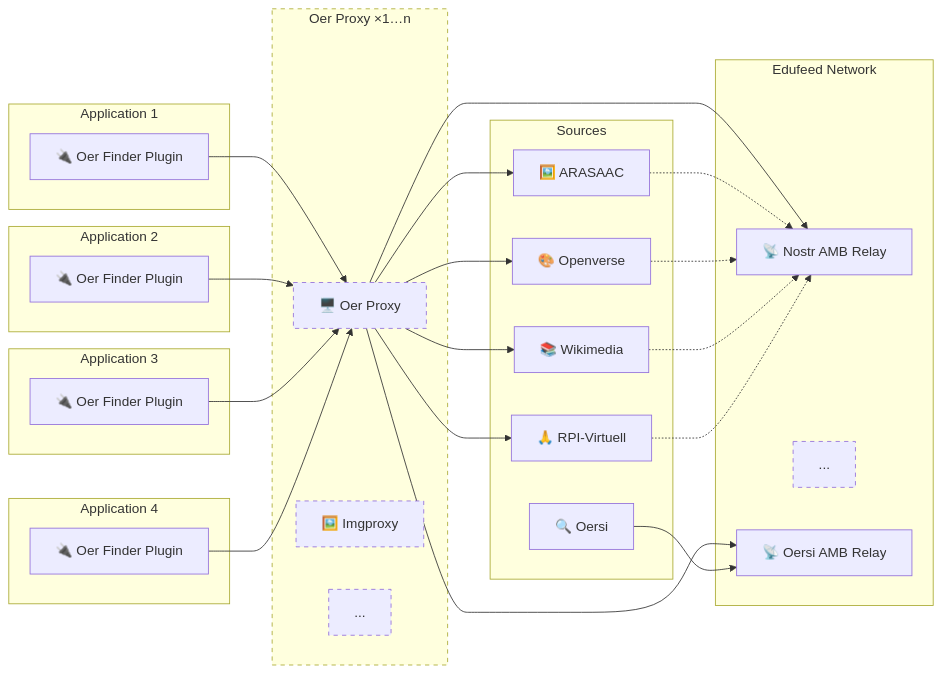
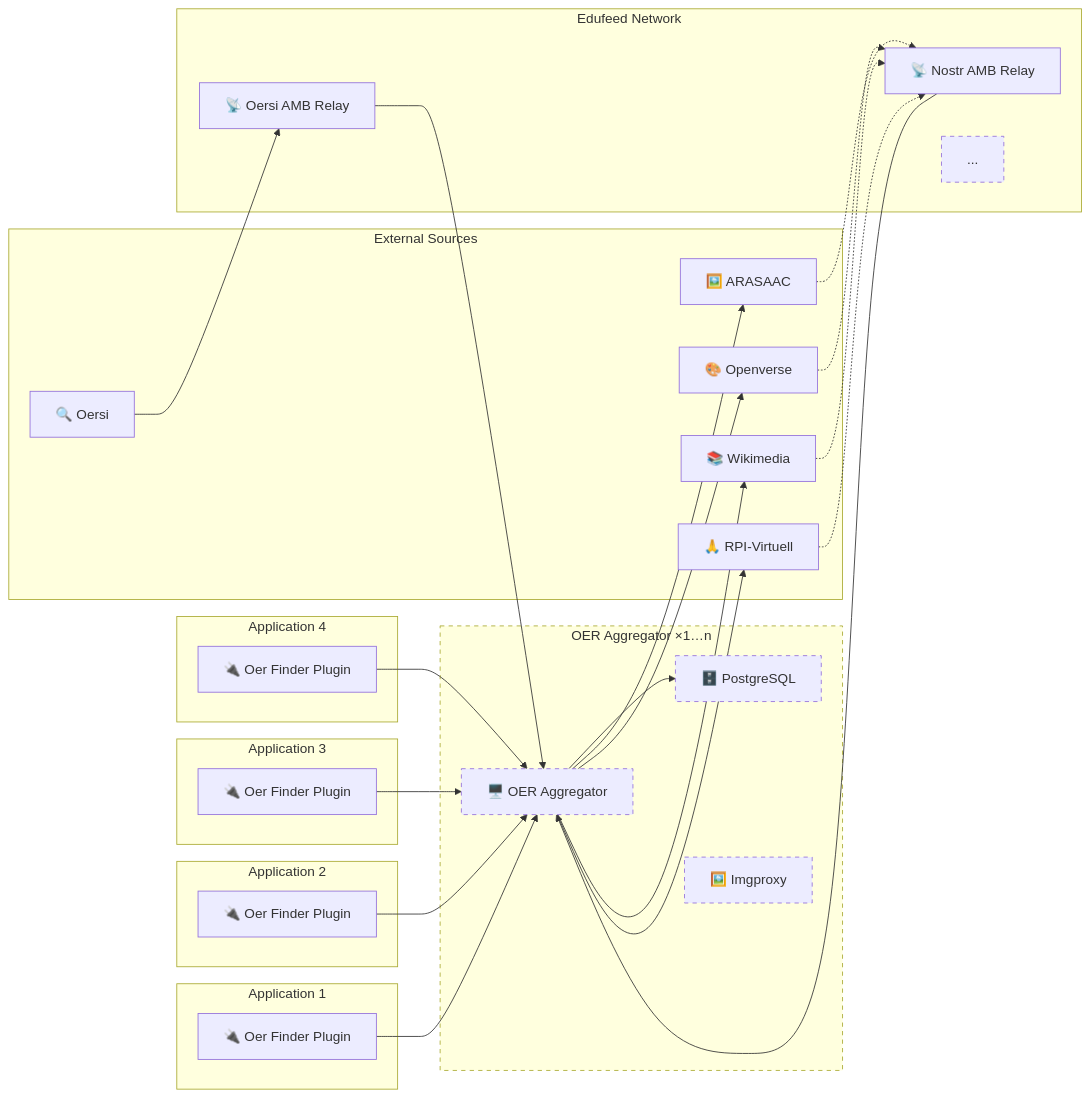
Before and after one commit to edufeed-org/oer-finder-plugin: the diagram in README.md, drawn with Mermaid. The commit also changed other lines of this file and 35 other files, not shown here.

Commit message:
add legacy oer aggregator plugin back in for documentation purposes, see also commit 224e51e0bcc46d8a34c19cbdf07d2207ae8466e2

````diff
--- a/README.md
+++ b/README.md
@@ -20,64 +20,65 @@
 ```mermaid
 flowchart LR
     subgraph App1["Application 1"]
         P1["🔌 Oer Finder Plugin"]
     end
 
     subgraph App2["Application 2"]
         P2["🔌 Oer Finder Plugin"]
     end
 
     subgraph App3["Application 3"]
         P3["🔌 Oer Finder Plugin"]
     end
 
     subgraph App4["Application 4"]
         P4["🔌 Oer Finder Plugin"]
     end
 
-    subgraph ProxyGroup["Oer Proxy ×1…n"]
-        PROXY["🖥️ Oer Proxy"]
+    subgraph AggregatorGroup["OER Aggregator ×1…n"]
+        AGG["🖥️ OER Aggregator"]
+        DB["🗄️ PostgreSQL"]
         IMGPROXY["🖼️ Imgproxy"]
-        PROXY2["..."]
     end
 
-    subgraph Sources["Sources"]
+    subgraph Sources["External Sources"]
         S1["🖼️ ARASAAC"]
         S2["🎨 Openverse"]
         S3["📚 Wikimedia"]
         S5["🔍 Oersi"]
         S6["🙏 RPI-Virtuell"]
     end
 
     subgraph Relay["Edufeed Network"]
         R1["📡 Nostr AMB Relay"]
         R2["..."]
         R3["📡 Oersi AMB Relay"]
     end
 
-    P1 --> PROXY
-    P2 --> PROXY
-    P3 --> PROXY
-    P4 --> PROXY
+    P1 --> AGG
+    P2 --> AGG
+    P3 --> AGG
+    P4 --> AGG
 
-    PROXY --> S1
-    PROXY --> S2
-    PROXY --> S3
-    PROXY --> S6
+    AGG --> DB
+    AGG --> S1
+    AGG --> S2
+    AGG --> S3
+    AGG --> S6
 
-    PROXY --> R1
-    PROXY --> R3
+    R1 --> AGG
+    R3 --> AGG
 
     S1 -.-> R1
     S2 -.-> R1
     S3 -.-> R1
     S6 -.-> R1
 
     S5 --> R3
 
-    style PROXY stroke-dasharray: 5 5
+    style AGG stroke-dasharray: 5 5
+    style DB stroke-dasharray: 5 5
     style IMGPROXY stroke-dasharray: 5 5
-    style PROXY2 stroke-dasharray: 5 5
+    style AggregatorGroup stroke-dasharray: 5 5
     style R2 stroke-dasharray: 5 5
-    style ProxyGroup stroke-dasharray: 5 5
 ```
````
